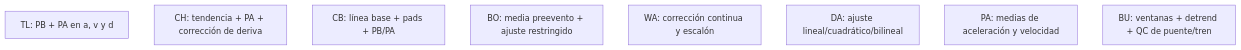
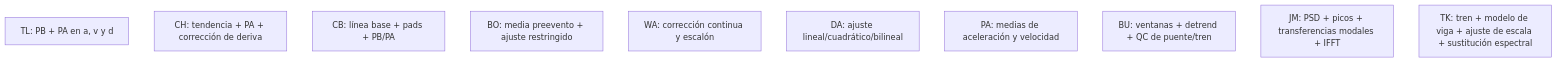
The diagram in docs/desp_desktop_app/02_metodos_implementados.md (jolumartinez/desp_from_acc), drawn with Mermaid before and after one commit. The commit also changed other lines of this file and 29 other files, not shown here.

````diff
--- a/docs/desp_desktop_app/02_metodos_implementados.md
+++ b/docs/desp_desktop_app/02_metodos_implementados.md
@@ -9,11 +14,13 @@
 ```mermaid
 flowchart TB
     TL[TL: PB + PA en a, v y d]
     CH[CH: tendencia + PA + corrección de deriva]
     CB[CB: línea base + pads + PB/PA]
     BO[BO: media preevento + ajuste restringido]
     WA[WA: corrección continua y escalón]
     DA[DA: ajuste lineal/cuadrático/bilineal]
     PA[PA: medias de aceleración y velocidad]
     BU[BU: ventanas + detrend + QC de puente/tren]
+    JM[JM: PSD + picos + transferencias modales + IFFT]
+    TK[TK: tren + modelo de viga + ajuste de escala + sustitución espectral]
 ```
````
